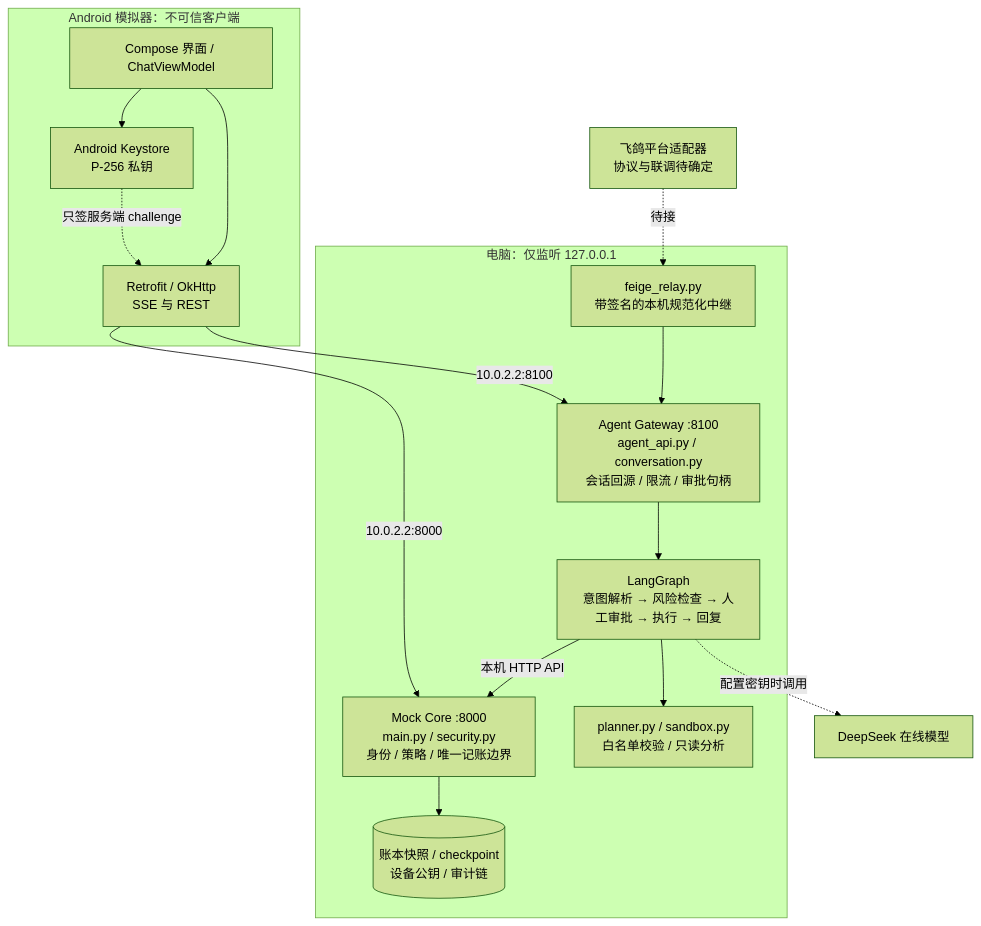
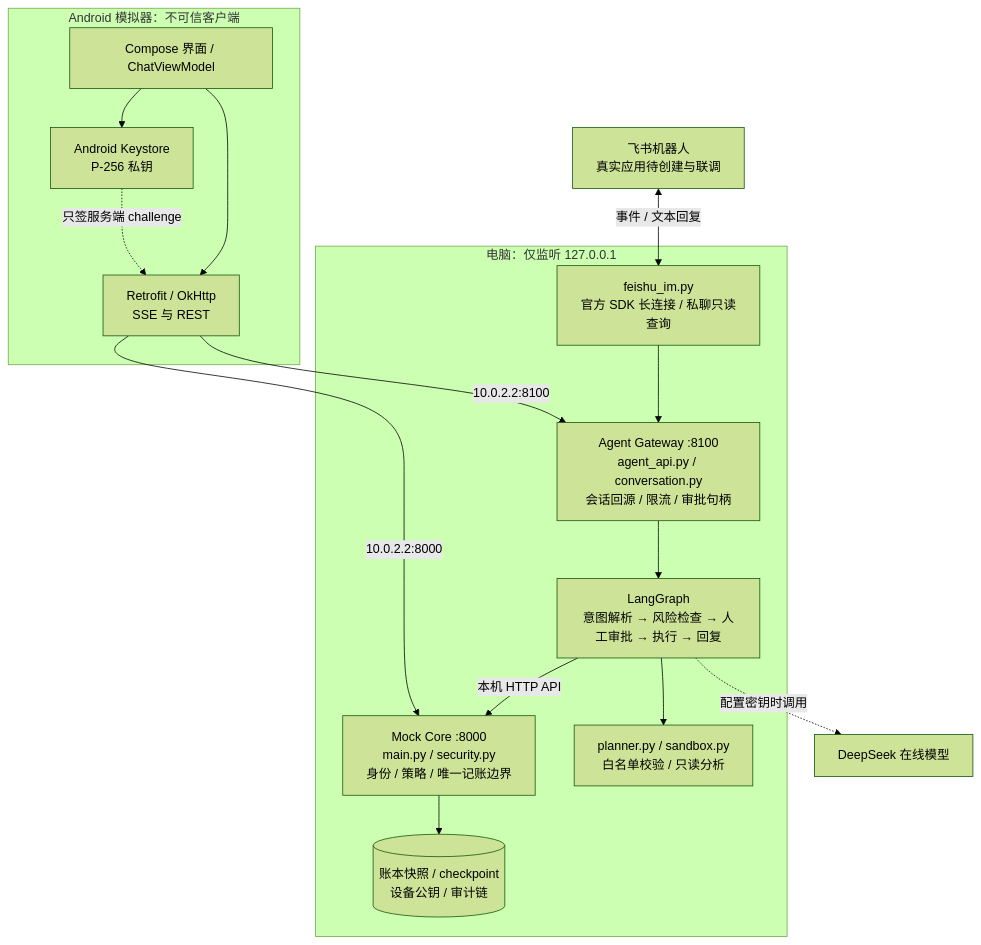
The first of 2 diagrams in docs/技术文档.md (Zagadka-3906/ai-banking-agent), drawn with Mermaid (forest theme) before and after one commit. The commit also changed other lines of this file and 23 other files, not shown here.

````diff
--- a/docs/技术文档.md
+++ b/docs/技术文档.md
@@ -7,26 +7,26 @@
 ```mermaid
 flowchart TB
     subgraph Emulator[Android 模拟器：不可信客户端]
       UI[Compose 界面 / ChatViewModel]
       KEY[Android Keystore<br/>P-256 私钥]
       NET[Retrofit / OkHttp<br/>SSE 与 REST]
       UI --> NET
       UI --> KEY
     end
     subgraph Host[电脑：仅监听 127.0.0.1]
       GW[Agent Gateway :8100<br/>agent_api.py / conversation.py<br/>会话回源 / 限流 / 审批句柄]
-      IM[feige_relay.py<br/>带签名的本机规范化中继]
+      IM[feishu_im.py<br/>官方 SDK 长连接 / 私聊只读查询]
       GRAPH[LangGraph<br/>意图解析 → 风险检查 → 人工审批 → 执行 → 回复]
       CORE[Mock Core :8000<br/>main.py / security.py<br/>身份 / 策略 / 唯一记账边界]
       PLAN[planner.py / sandbox.py<br/>白名单校验 / 只读分析]
       STORE[(账本快照 / checkpoint<br/>设备公钥 / 审计链)]
       GW --> GRAPH --> PLAN
       IM --> GW
       GRAPH -->|本机 HTTP API| CORE --> STORE
     end
     NET -->|10.0.2.2:8100| GW
     NET -->|10.0.2.2:8000| CORE
     KEY -.只签服务端 challenge.-> NET
     GRAPH -.配置密钥时调用.-> LLM[DeepSeek 在线模型]
-    FEIGE[飞鸽平台适配器<br/>协议与联调待确定] -.待接.-> IM
+    FEISHU[飞书机器人<br/>真实应用待创建与联调] <-->|事件 / 文本回复| IM
 ```
````
